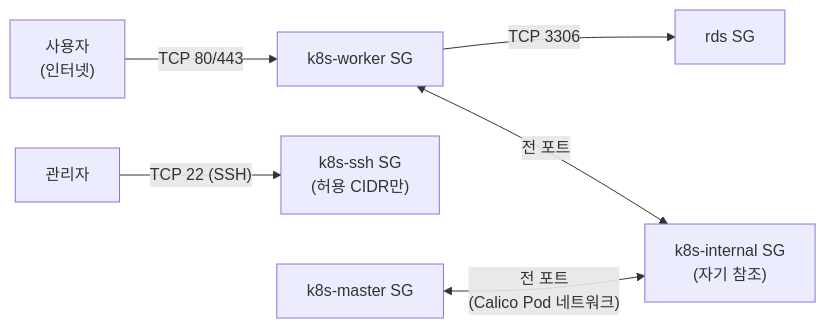
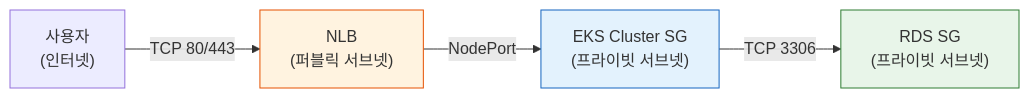
The fourth of 17 diagrams in report.md (80-hours-a-week/2-cho-community-infra), drawn with Mermaid before and after one commit. The commit also changed other lines of this file and 1 other file, not shown here.

First line of the commit message:
docs: README.md 및 report.md를 현재 EKS Prod 인프라에 맞게 갱신

````diff
--- a/report.md
+++ b/report.md
@@ -232,10 +260,10 @@
 ```mermaid
 flowchart LR
-    User["사용자<br/>(인터넷)"] -->|"TCP 80/443"| Worker_SG
-    Admin["관리자"] -->|"TCP 22 (SSH)"| SSH_SG["k8s-ssh SG<br/>(허용 CIDR만)"]
+    User["사용자<br/>(인터넷)"] -->|"TCP 80/443"| NLB_SG["NLB<br/>(퍼블릭 서브넷)"]
+    NLB_SG -->|"NodePort"| EKS_SG["EKS Cluster SG<br/>(프라이빗 서브넷)"]
+    EKS_SG -->|"TCP 3306"| RDS_SG["RDS SG<br/>(프라이빗 서브넷)"]
 
-    Worker_SG["k8s-worker SG"] -->|"TCP 3306"| RDS_SG["rds SG"]
-
-    Master_SG["k8s-master SG"] <-->|"전 포트<br/>(Calico Pod 네트워크)"| Internal_SG["k8s-internal SG<br/>(자기 참조)"]
-    Worker_SG <-->|"전 포트"| Internal_SG
+    style NLB_SG fill:#fff3e0,stroke:#e65100
+    style EKS_SG fill:#e3f2fd,stroke:#1565c0
+    style RDS_SG fill:#e8f5e9,stroke:#2e7d32
 ```
````
